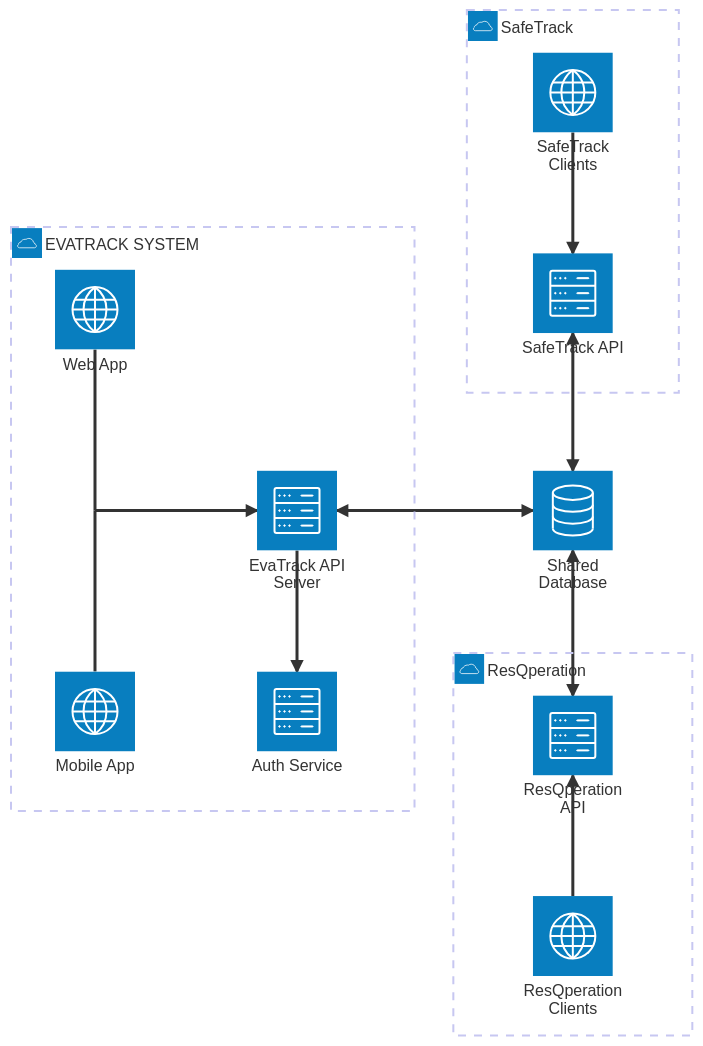
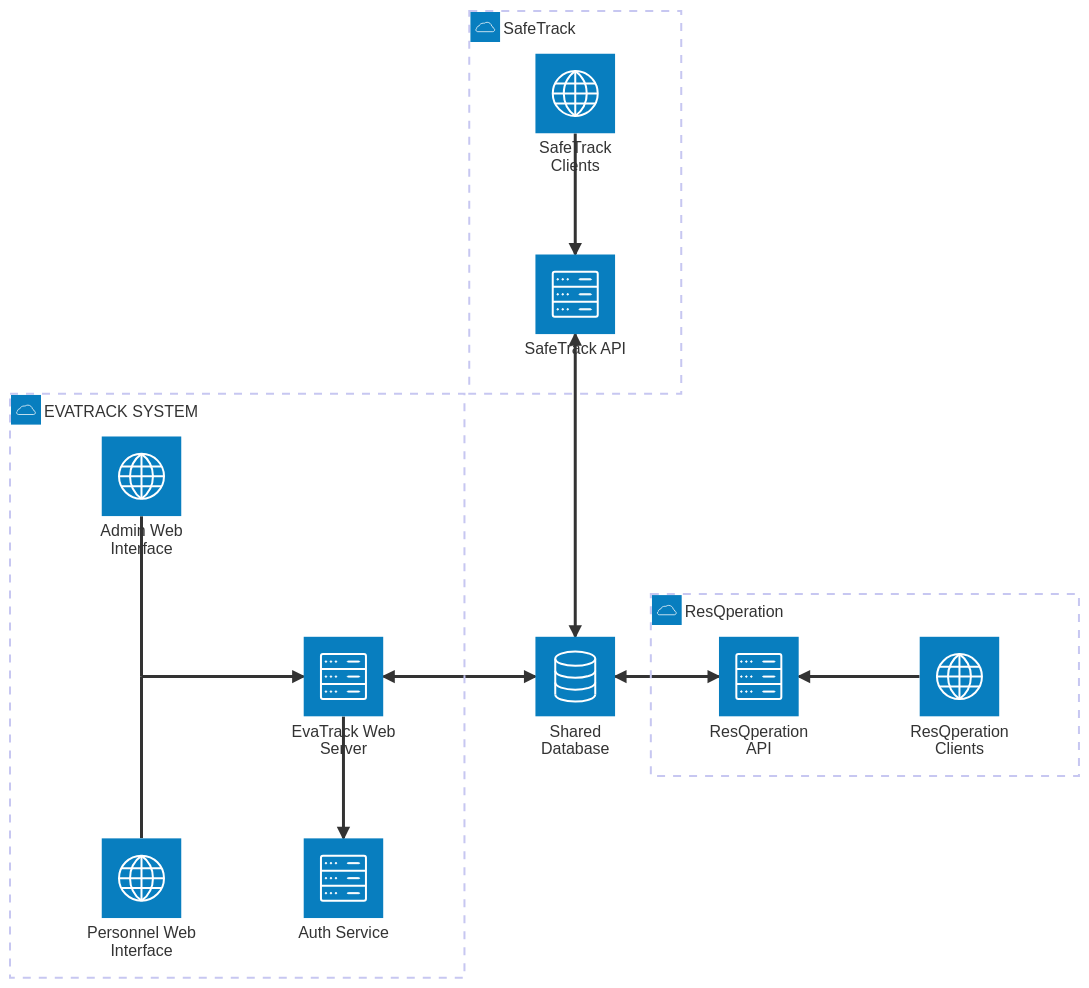
One commit to klint-droid/EvaTrack changed the second of 2 diagrams in docs/architecture.md. Above: the diagram before and after it, drawn with Mermaid. The commit also changed other lines of this file, not shown here.

Commit message:
docs(architecture): web-only EvaTrack following reference flow, keep external systems layout

````diff
--- a/docs/architecture.md
+++ b/docs/architecture.md
@@ -131,32 +131,32 @@
 ```mermaid
 architecture-beta
     group evatrack(cloud)[EVATRACK SYSTEM]
     group safetrack(cloud)[SafeTrack]
     group resq(cloud)[ResQperation]
 
-    service web(internet)[Web App] in evatrack
-    service mobile(internet)[Mobile App] in evatrack
-    junction clients in evatrack
-    service api(server)[EvaTrack API Server] in evatrack
+    service admin_ui(internet)[Admin Web Interface] in evatrack
+    service staff_ui(internet)[Personnel Web Interface] in evatrack
+    junction ui in evatrack
+    service api(server)[EvaTrack Web Server] in evatrack
     service auth(server)[Auth Service] in evatrack
 
     service safe_client(internet)[SafeTrack Clients] in safetrack
     service safe_api(server)[SafeTrack API] in safetrack
 
+    service resq_client(internet)[ResQperation Clients] in resq
     service resq_api(server)[ResQperation API] in resq
-    service resq_client(internet)[ResQperation Clients] in resq
 
     service db(database)[Shared Database]
 
-    web:B -- T:clients
-    mobile:T -- B:clients
-    clients:R --> L:api
+    admin_ui:B -- T:ui
+    staff_ui:T -- B:ui
+    ui:R --> L:api
     api:B --> T:auth
     api:R <--> L:db
 
     safe_client:B --> T:safe_api
     safe_api:B <--> T:db
 
-    resq_client:T --> B:resq_api
-    resq_api:T <--> B:db
+    resq_client:L --> R:resq_api
+    resq_api:L <--> R:db
 ```
````
